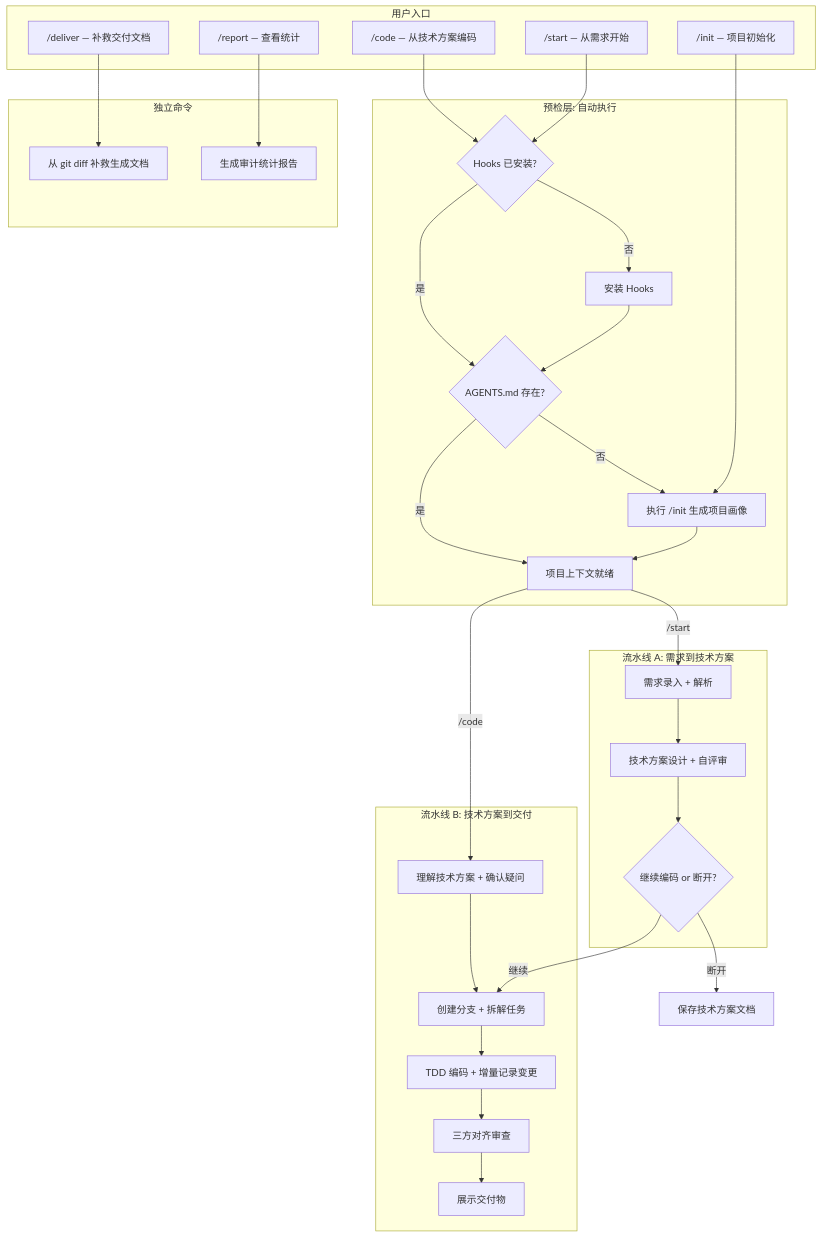
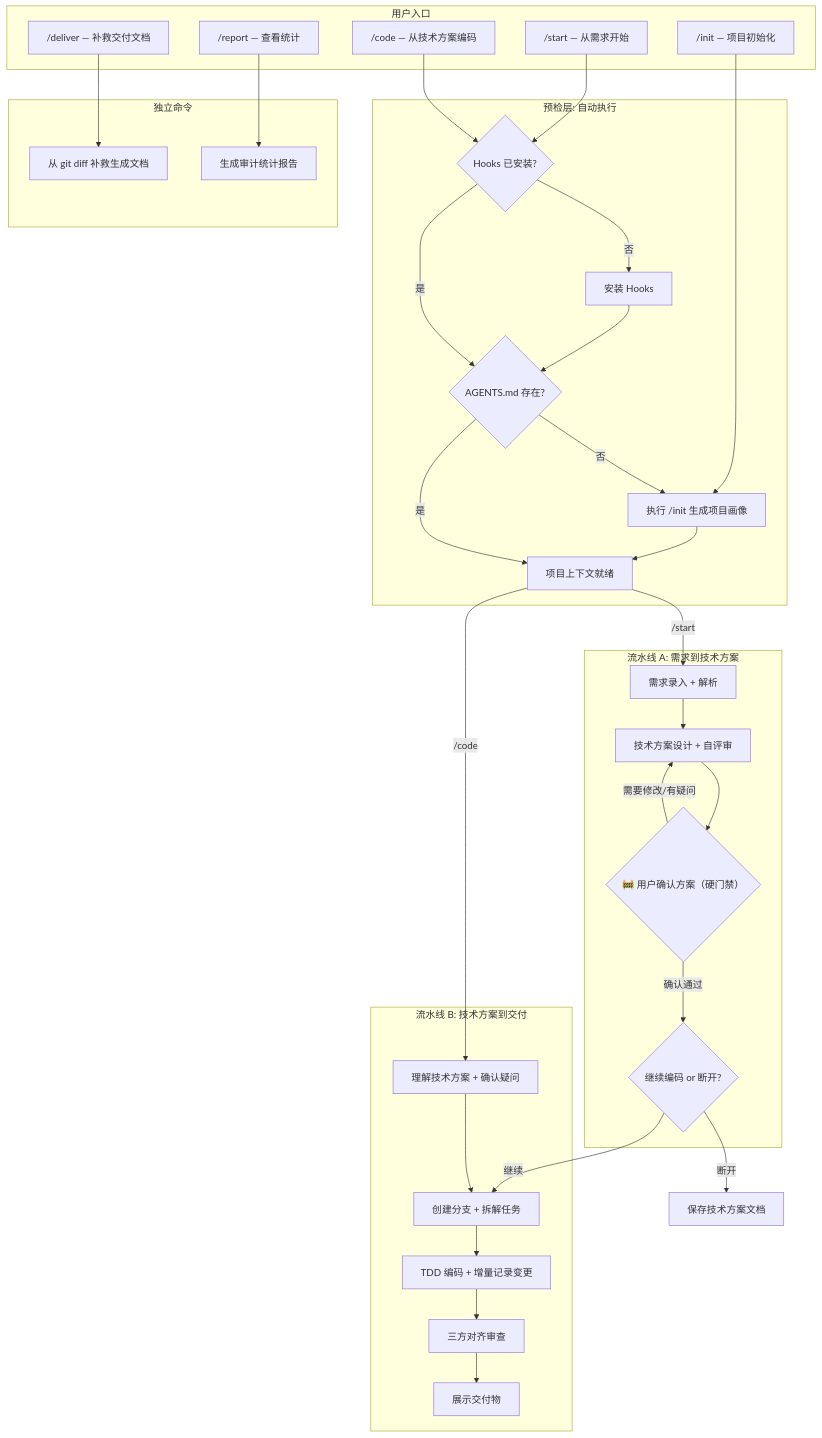
The diagram in docs/plugin-core-workflow.md (leikegeek/coding-exoskeleton), drawn with Mermaid before and after one commit. The commit also changed other lines of this file and 18 other files, not shown here.

````diff
--- a/docs/plugin-core-workflow.md
+++ b/docs/plugin-core-workflow.md
@@ -181,55 +213,58 @@
 ```mermaid
 flowchart TD
     subgraph entry [用户入口]
         CMD_INIT["/init — 项目初始化"]
         CMD_START["/start — 从需求开始"]
         CMD_CODE["/code — 从技术方案编码"]
         CMD_DELIVER["/deliver — 补救交付文档"]
         CMD_REPORT["/report — 查看统计"]
     end
 
     subgraph preCheck [预检层: 自动执行]
         PC_Hooks{"Hooks 已安装?"}
         PC_InstallHooks["安装 Hooks"]
         PC_Agents{"AGENTS.md 存在?"}
         PC_Init["执行 /init 生成项目画像"]
         PC_Ready["项目上下文就绪"]
     end
 
     subgraph pipelineA [流水线 A: 需求到技术方案]
         A_Intake["需求录入 + 解析"]
         A_Design["技术方案设计 + 自评审"]
+        A_Gate{"🚧 用户确认方案（硬门禁）"}
         A_Choice{"继续编码 or 断开?"}
     end
 
     subgraph pipelineB [流水线 B: 技术方案到交付]
         B_Understand["理解技术方案 + 确认疑问"]
         B_Prepare["创建分支 + 拆解任务"]
         B_Code["TDD 编码 + 增量记录变更"]
         B_Review["三方对齐审查"]
         B_Deliver["展示交付物"]
     end
 
     subgraph standalone [独立命令]
         DELIVER_FIX["从 git diff 补救生成文档"]
         REPORT_GEN["生成审计统计报告"]
     end
 
     CMD_INIT --> PC_Init
     CMD_START --> PC_Hooks
     CMD_CODE --> PC_Hooks
     CMD_DELIVER --> DELIVER_FIX
     CMD_REPORT --> REPORT_GEN
 
     PC_Hooks -->|"否"| PC_InstallHooks --> PC_Agents
     PC_Hooks -->|"是"| PC_Agents
     PC_Agents -->|"否"| PC_Init --> PC_Ready
     PC_Agents -->|"是"| PC_Ready
 
-    PC_Ready -->|"/start"| A_Intake --> A_Design --> A_Choice
+    PC_Ready -->|"/start"| A_Intake --> A_Design --> A_Gate
+    A_Gate -->|"确认通过"| A_Choice
+    A_Gate -->|"需要修改/有疑问"| A_Design
     A_Choice -->|"继续"| B_Prepare
     A_Choice -->|"断开"| OUT_A["保存技术方案文档"]
 
     PC_Ready -->|"/code"| B_Understand --> B_Prepare
     B_Prepare --> B_Code --> B_Review --> B_Deliver
 ```
````
